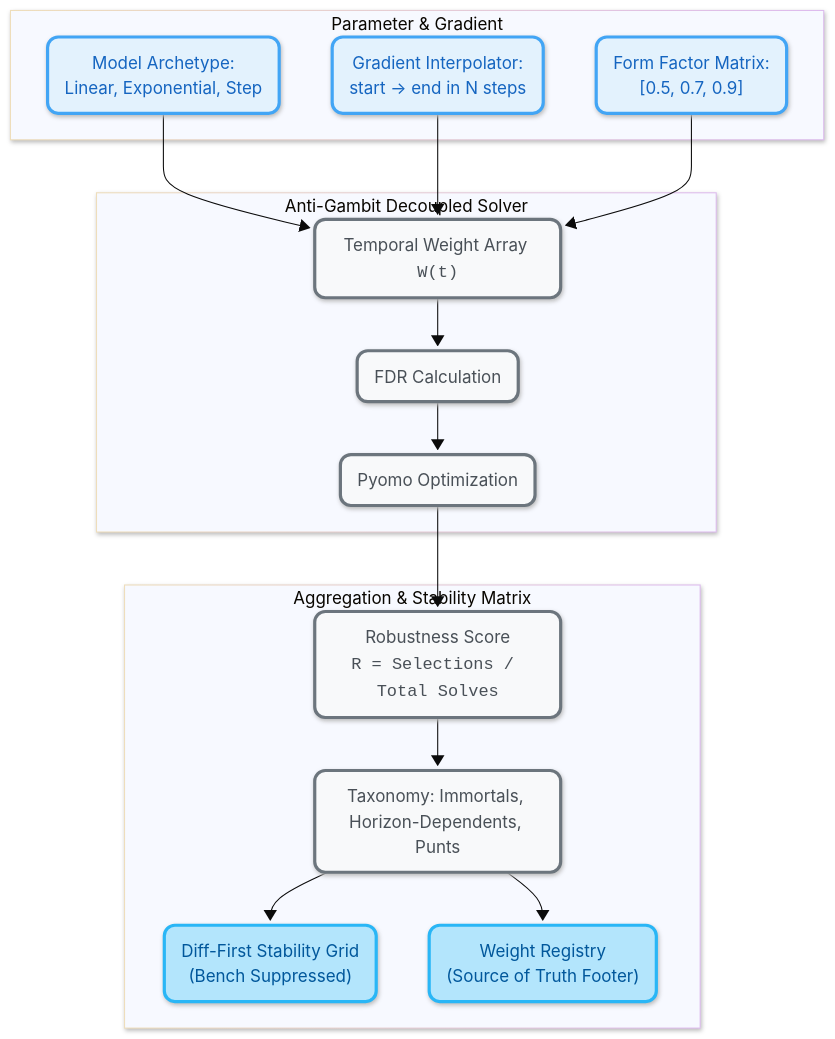
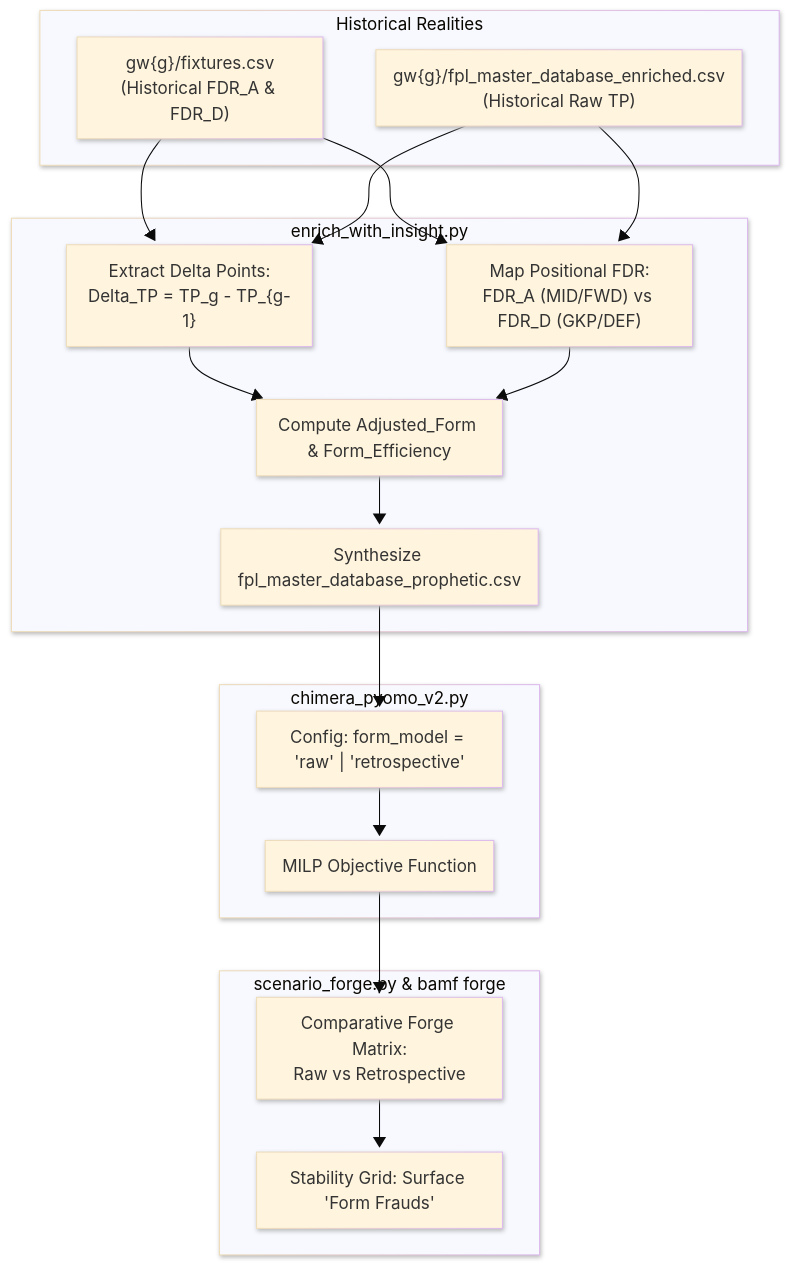
The diagram in TODO.md (ianchanning/fpl-dominator), drawn with Mermaid (base theme) before and after one commit. The commit also changed other lines of this file and 13 other files, not shown here.

Commit message:
feat(retrospective-lens): implement RFC-011 fixture-adjusted form and form fraud detection

````diff
--- a/TODO.md
+++ b/TODO.md
@@ -10,37 +11,33 @@
 ```mermaid
 ---
 config:
   look: neo
 ---
 graph TD
-    subgraph A["Parameter & Gradient"]
-        P1["Model Archetype:<br>Linear, Exponential, Step"]
-        P2["Gradient Interpolator:<br>start -> end in N steps"]
-        P3["Form Factor Matrix:<br>[0.5, 0.7, 0.9]"]
+    subgraph RawVaults["Historical Realities"]
+        V1["gw{g}/fixtures.csv<br>(Historical FDR_A & FDR_D)"]
+        V2["gw{g}/fpl_master_database_enriched.csv<br>(Historical Raw TP)"]
     end
 
-    subgraph B["Anti-Gambit Decoupled Solver"]
-        G1["Temporal Weight Array <code>W(t)</code>"]
-        G2["FDR Calculation"]
-        G3["Pyomo Optimization"]
+    subgraph FeaturePipeline["enrich_with_insight.py"]
+        D1["Extract Delta Points:<br>Delta_TP = TP_g - TP_{g-1}"]
+        D2["Map Positional FDR:<br>FDR_A (MID/FWD) vs FDR_D (GKP/DEF)"]
+        D3["Compute Adjusted_Form & Form_Efficiency"]
+        D4["Synthesize fpl_master_database_prophetic.csv"]
     end
 
-    subgraph C["Aggregation & Stability Matrix"]
-        A1["Robustness Score<br><code>R = Selections / Total Solves</code>"]
-        A2["Taxonomy: Immortals, Horizon-Dependents, Punts"]
-        A3["Diff-First Stability Grid<br>(Bench Suppressed)"]
-        A4["Weight Registry<br>(Source of Truth Footer)"]
+    subgraph PyomoSolver["chimera_pyomo_v2.py"]
+        S1["Config: form_model = 'raw' | 'retrospective'"]
+        S2["MILP Objective Function"]
     end
 
-    P1 & P2 & P3 --> G1
-    G1 --> G2 --> G3
-    G3 --> A1 --> A2 --> A3 & A4
+    subgraph ScenarioForge["scenario_forge.py & bamf forge"]
+        F1["Comparative Forge Matrix:<br>Raw vs Retrospective"]
+        F2["Stability Grid: Surface 'Form Frauds'"]
+    end
 
-    class G1,G2,G3,A1,A2 process
-    class P1,P2,P3 input
-    class A3,A4 output
-
-    classDef input fill:#e3f2fd,stroke:#42a5f5,stroke-width:3px,color:#1565c0,rx:10,ry:10
-    classDef process fill:#f8f9fa,stroke:#6c757d,stroke-width:3px,color:#495057,rx:10,ry:10
-    classDef output fill:#b3e5fc,stroke:#29b6f6,stroke-width:3px,color:#01579b,rx:10,ry:10
+    V1 & V2 --> D1 & D2
+    D1 & D2 --> D3 --> D4
+    D4 --> S1 --> S2
+    S2 --> F1 --> F2
 ```
````
